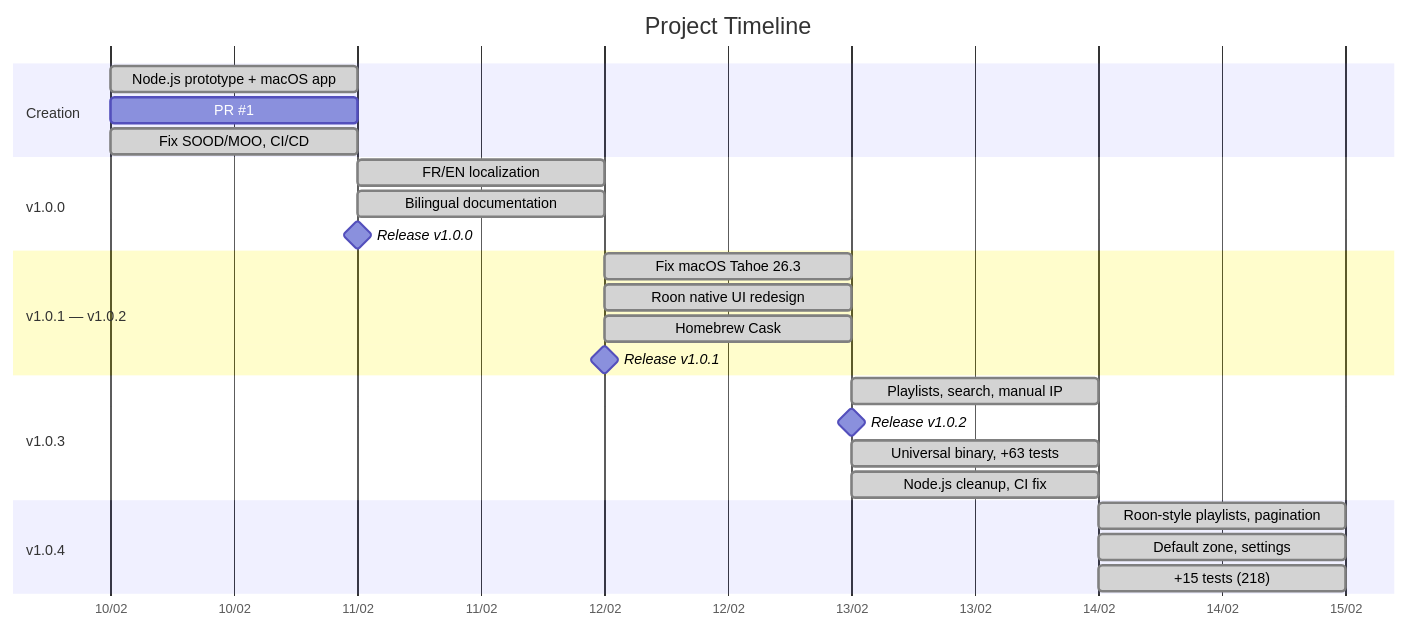
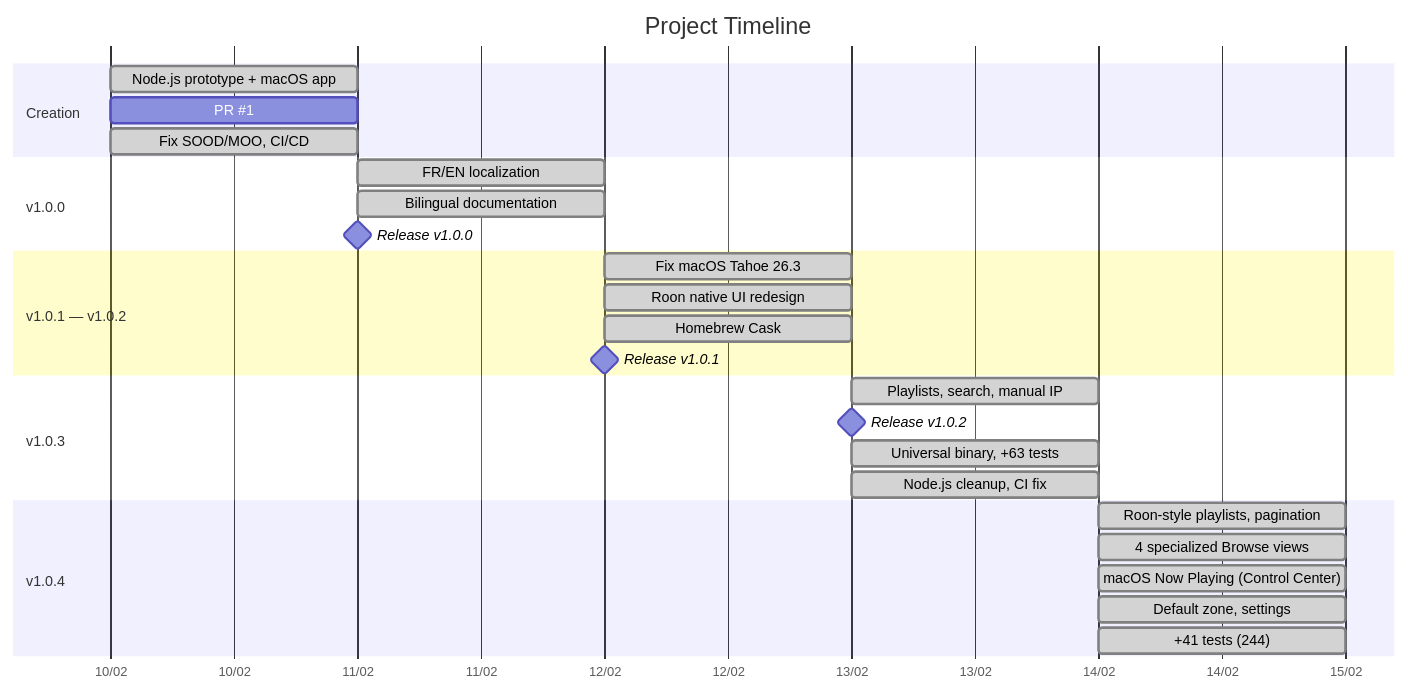
The diagram in docs/PROJECT_JOURNAL.en.md (renesenses/roon-controller), drawn with Mermaid before and after one commit. The commit also changed other lines of this file and 15 other files, not shown here.

First line of the commit message:
Add specialized browse views, macOS Now Playing, mode toggle, and fix accents

````diff
--- a/docs/PROJECT_JOURNAL.en.md
+++ b/docs/PROJECT_JOURNAL.en.md
@@ -7,33 +7,35 @@
 ```mermaid
 gantt
     title Project Timeline
     dateFormat YYYY-MM-DD
     axisFormat %d/%m
 
     section Creation
     Node.js prototype + macOS app       :done, 2026-02-10, 1d
     PR #1: native Swift                 :done, 2026-02-10, 1d
     Fix SOOD/MOO, CI/CD                 :done, 2026-02-10, 1d
 
     section v1.0.0
     FR/EN localization                  :done, 2026-02-11, 1d
     Bilingual documentation             :done, 2026-02-11, 1d
     Release v1.0.0                      :milestone, 2026-02-11, 0d
 
     section v1.0.1 — v1.0.2
     Fix macOS Tahoe 26.3               :done, 2026-02-12, 1d
     Roon native UI redesign             :done, 2026-02-12, 1d
     Homebrew Cask                       :done, 2026-02-12, 1d
     Release v1.0.1                      :milestone, 2026-02-12, 0d
 
     section v1.0.3
     Playlists, search, manual IP        :done, 2026-02-13, 1d
     Release v1.0.2                      :milestone, 2026-02-13, 0d
     Universal binary, +63 tests         :done, 2026-02-13, 1d
     Node.js cleanup, CI fix             :done, 2026-02-13, 1d
 
     section v1.0.4
     Roon-style playlists, pagination    :done, 2026-02-14, 1d
+    4 specialized Browse views          :done, 2026-02-14, 1d
+    macOS Now Playing (Control Center)  :done, 2026-02-14, 1d
     Default zone, settings              :done, 2026-02-14, 1d
-    +15 tests (218)                     :done, 2026-02-14, 1d
+    +41 tests (244)                     :done, 2026-02-14, 1d
 ```
````
